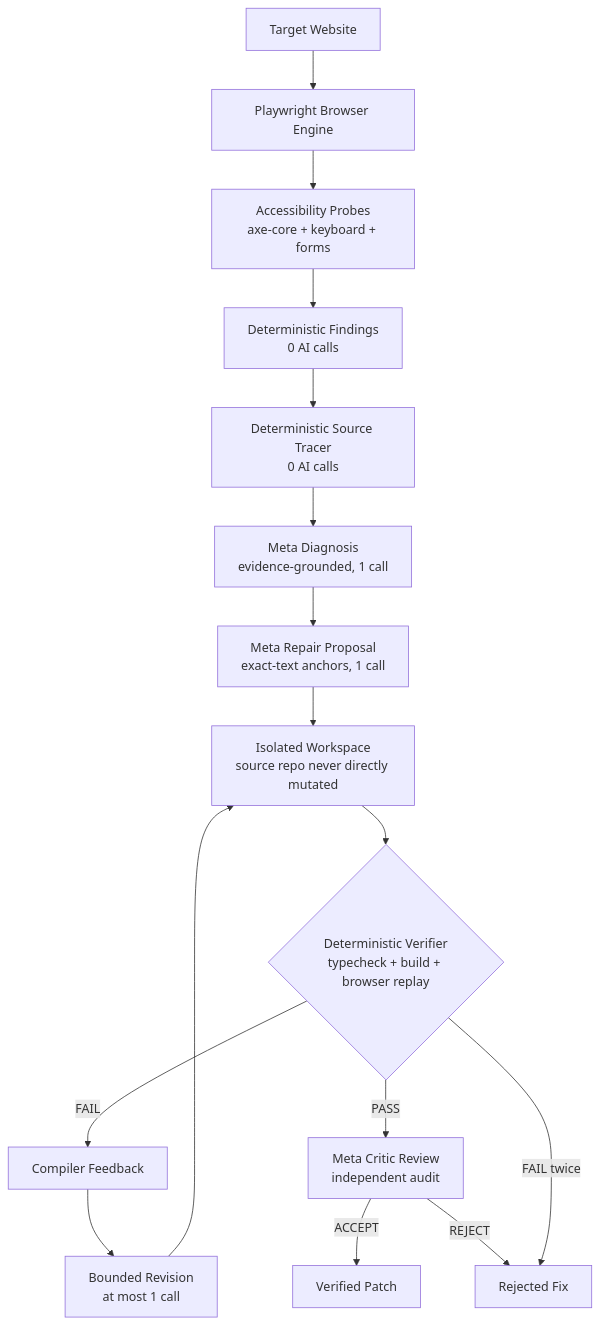
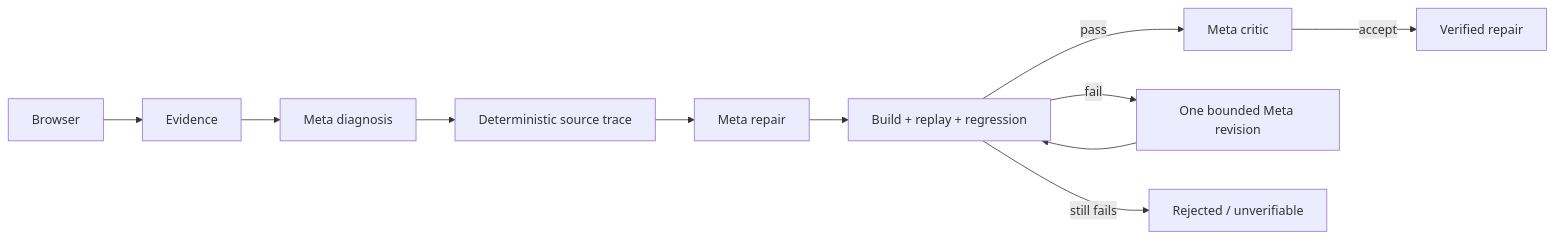
One commit to Amirtheshwaran/a11yforge changed the diagram in README.md. Above: the diagram before and after it, drawn with Mermaid. The commit also changed other lines of this file and 19 other files, not shown here.

````diff
--- a/README.md
+++ b/README.md
@@ -79,22 +35,13 @@
 ```mermaid
-flowchart TB
-    site[Target Website] --> browser[Playwright Browser Engine]
-    browser --> probes[Accessibility Probes<br/>axe-core + keyboard + forms]
-    probes --> findings[Deterministic Findings<br/>0 AI calls]
-    
-    findings --> trace[Deterministic Source Tracer<br/>0 AI calls]
-    trace --> diag[Meta Diagnosis<br/>evidence-grounded, 1 call]
-    diag --> proposal[Meta Repair Proposal<br/>exact-text anchors, 1 call]
-    
-    proposal --> workspace[Isolated Workspace<br/>source repo never directly mutated]
-    workspace --> verifier{Deterministic Verifier<br/>typecheck + build + browser replay}
-    
-    verifier -->|FAIL| feedback[Compiler Feedback]
-    feedback --> revision[Bounded Revision<br/>at most 1 call]
-    revision --> workspace
-    
-    verifier -->|PASS| critic[Meta Critic Review<br/>independent audit]
-    critic -->|ACCEPT| accepted[Verified Patch]
-    critic -->|REJECT| rejected[Rejected Fix]
-    verifier -->|FAIL twice| rejected
+flowchart LR
+    Browser --> Evidence
+    Evidence --> Diagnosis[Meta diagnosis]
+    Diagnosis --> Source[Deterministic source trace]
+    Source --> Patch[Meta repair]
+    Patch --> Checks[Build + replay + regression]
+    Checks -->|pass| Critic[Meta critic]
+    Critic -->|accept| Accepted[Verified repair]
+    Checks -->|fail| Revision[One bounded Meta revision]
+    Revision --> Checks
+    Checks -->|still fails| Rejected[Rejected / unverifiable]
 ```
````
